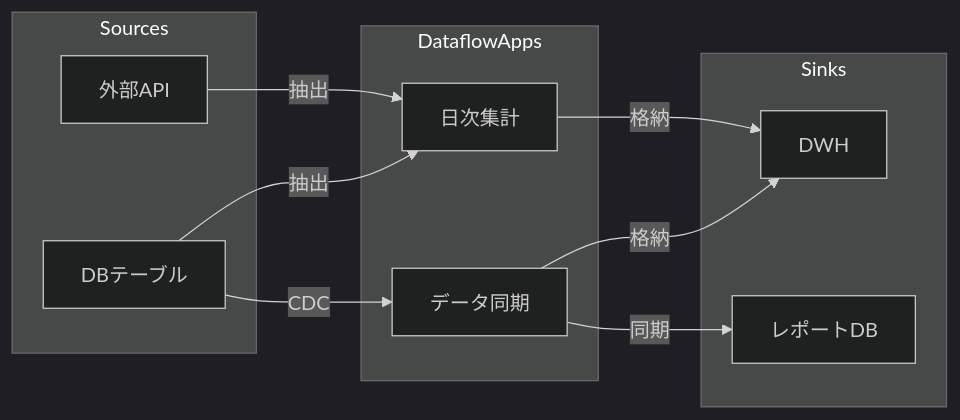
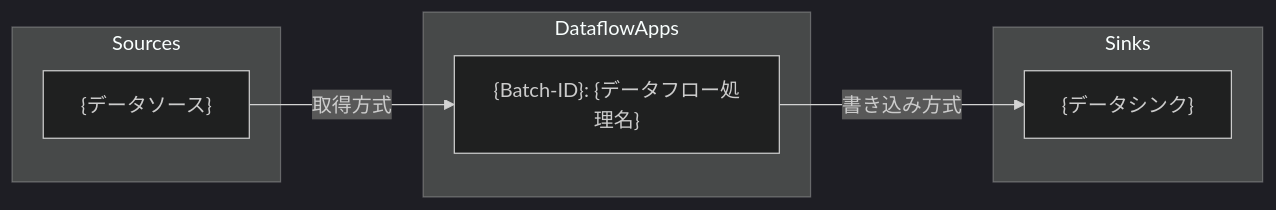
One commit to dahatake/HypervelocityEngineering changed the diagram in .github/skills/dataflow-design-guide/references/dataflow-data-flow.md. Above: the diagram before and after it, drawn with Mermaid (dark theme). The commit also changed 2006 other files, not shown here.

````diff
--- a/.github/skills/dataflow-design-guide/references/dataflow-data-flow.md
+++ b/.github/skills/dataflow-design-guide/references/dataflow-data-flow.md
@@ -33,21 +33,14 @@
 ```mermaid
 graph LR
   subgraph Sources
-    SRC01[外部API]
-    SRC02[DBテーブル]
+    SRC01["{データソース}"]
   end
   subgraph DataflowApps
-    B001[日次集計]
-    B002[データ同期]
+    B001["{Batch-ID}: {データフロー処理名}"]
   end
   subgraph Sinks
-    SNK01[DWH]
-    SNK02[レポートDB]
+    SNK01["{データシンク}"]
   end
-  SRC01 -->|抽出| B001
-  SRC02 -->|抽出| B001
-  SRC02 -->|CDC| B002
-  B001 -->|格納| SNK01
-  B002 -->|格納| SNK01
-  B002 -->|同期| SNK02
+  SRC01 -->|取得方式| B001
+  B001 -->|書き込み方式| SNK01
 ```
````
